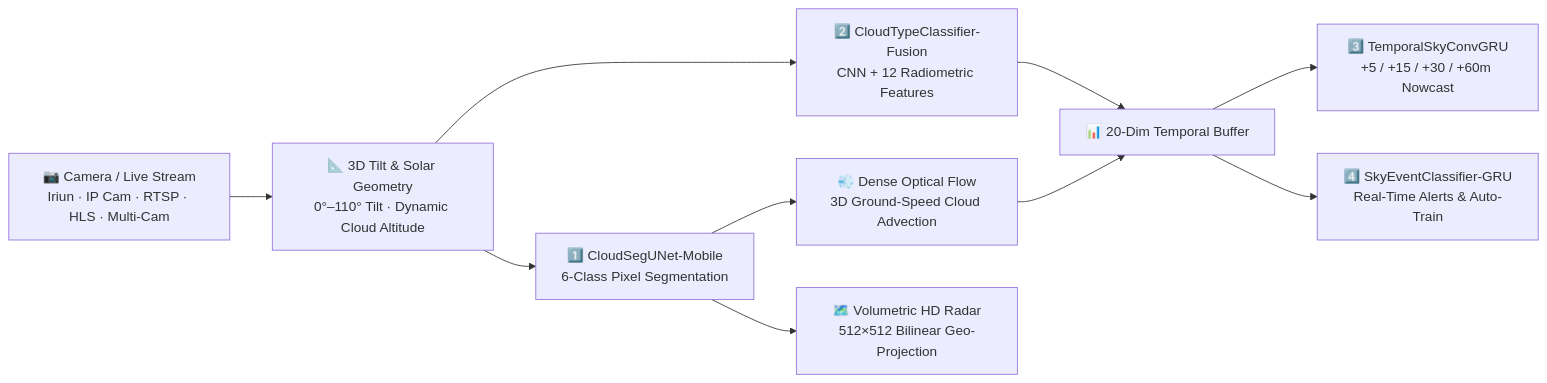
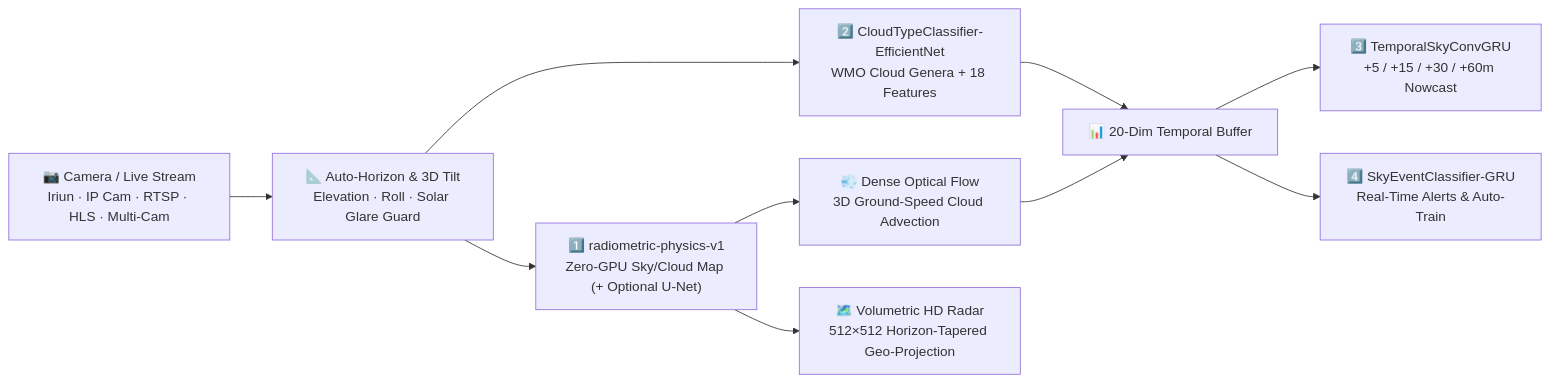
The diagram in README.md (ak47siriano/sky-observer), drawn with Mermaid before and after one commit. The commit also changed other lines of this file and 12 other files, not shown here.

````diff
--- a/README.md
+++ b/README.md
@@ -52,12 +91,12 @@
 ```mermaid
 flowchart LR
-    CAM["📷 Camera / Live Stream\nIriun · IP Cam · RTSP · HLS · Multi-Cam"] --> GEOM["📐 3D Tilt & Solar Geometry\n0°–110° Tilt · Dynamic Cloud Altitude"]
-    GEOM --> M1["1️⃣ CloudSegUNet-Mobile\n6-Class Pixel Segmentation"]
-    GEOM --> M2["2️⃣ CloudTypeClassifier-Fusion\nCNN + 12 Radiometric Features"]
+    CAM["📷 Camera / Live Stream\nIriun · IP Cam · RTSP · HLS · Multi-Cam"] --> GEOM["📐 Auto-Horizon & 3D Tilt\nElevation · Roll · Solar Glare Guard"]
+    GEOM --> M1["1️⃣ radiometric-physics-v1\nZero-GPU Sky/Cloud Map (+ Optional U-Net)"]
+    GEOM --> M2["2️⃣ CloudTypeClassifier-EfficientNet\nWMO Cloud Genera + 18 Features"]
     M1 --> FLOW["💨 Dense Optical Flow\n3D Ground-Speed Cloud Advection"]
-    M1 --> RADAR["🗺️ Volumetric HD Radar\n512×512 Bilinear Geo-Projection"]
+    M1 --> RADAR["🗺️ Volumetric HD Radar\n512×512 Horizon-Tapered Geo-Projection"]
     M2 --> SEQ["📊 20-Dim Temporal Buffer"]
     FLOW --> SEQ
     SEQ --> M3["3️⃣ TemporalSkyConvGRU\n+5 / +15 / +30 / +60m Nowcast"]
     SEQ --> M4["4️⃣ SkyEventClassifier-GRU\nReal-Time Alerts & Auto-Train"]
 ```
````
